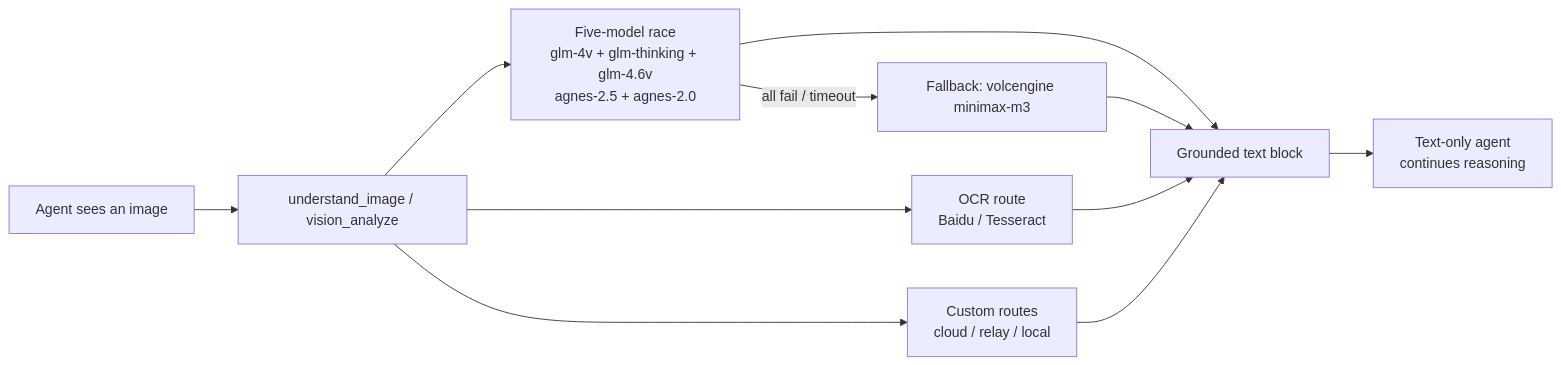
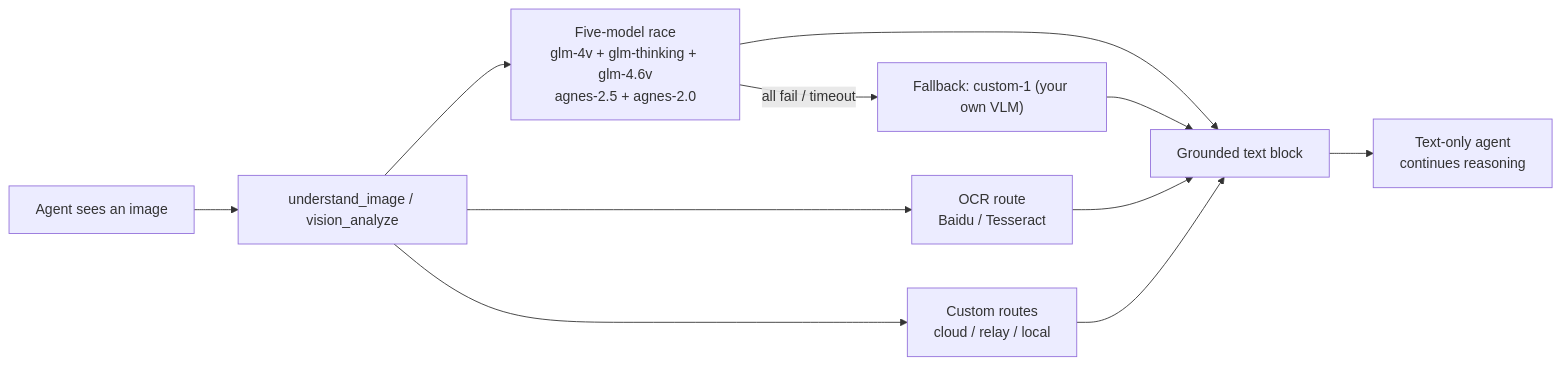
One commit to LaconicChip/vision-mcp changed the diagram in README.md. Above: the diagram before and after it, drawn with Mermaid. The commit also changed other lines of this file and 6 other files, not shown here.

First line of the commit message:
refactor: remove vendor-specific fallback; use user-defined custom-1 fallback channel

````diff
--- a/README.md
+++ b/README.md
@@ -60,13 +60,13 @@
 ```mermaid
 flowchart LR
     A["Agent sees an image"] --> B["understand_image / vision_analyze"]
     B --> R["Five-model race<br/>glm-4v + glm-thinking + glm-4.6v<br/>agnes-2.5 + agnes-2.0"]
     B --> O["OCR route<br/>Baidu / Tesseract"]
     B --> C["Custom routes<br/>cloud / relay / local"]
     R --> T["Grounded text block"]
     O --> T
     C --> T
-    R -- "all fail / timeout" --> V["Fallback: volcengine minimax-m3"]
+    R -- "all fail / timeout" --> V["Fallback: custom-1 (your own VLM)"]
     V --> T
     T --> D["Text-only agent<br/>continues reasoning"]
 ```
````
